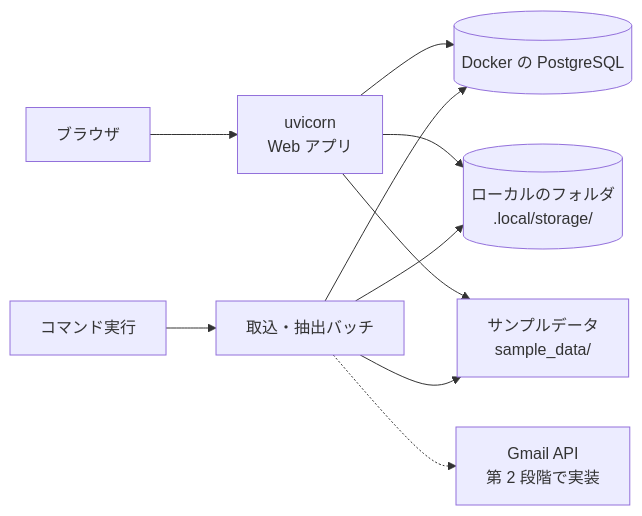
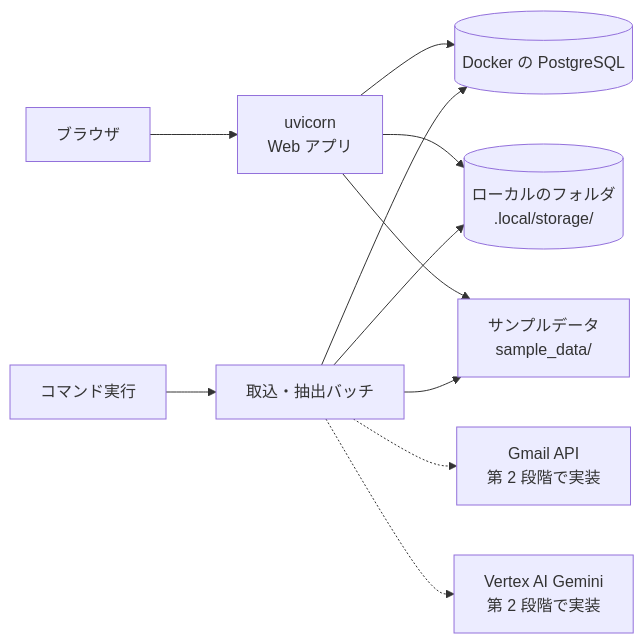
One commit to Sooohei/billing_automation_lab changed the second of 2 diagrams in docs/design/architecture.md. Above: the diagram before and after it, drawn with Mermaid. The commit also changed other lines of this file and 3 other files, not shown here.

````diff
--- a/docs/design/architecture.md
+++ b/docs/design/architecture.md
@@ -49,12 +51,13 @@
 ```mermaid
 flowchart LR
     User[ブラウザ] --> App[uvicorn<br>Web アプリ]
     Cmd[コマンド実行] --> Batch[取込・抽出バッチ]
     App --> PG[(Docker の PostgreSQL)]
     Batch --> PG
     App --> Files[(ローカルのフォルダ<br>.local/storage/)]
     Batch --> Files
     App --> Sample[サンプルデータ<br>sample_data/]
     Batch --> Sample
     Batch -.-> Gmail[Gmail API<br>第 2 段階で実装]
+    Batch -.-> Gemini[Vertex AI Gemini<br>第 2 段階で実装]
 ```
````
